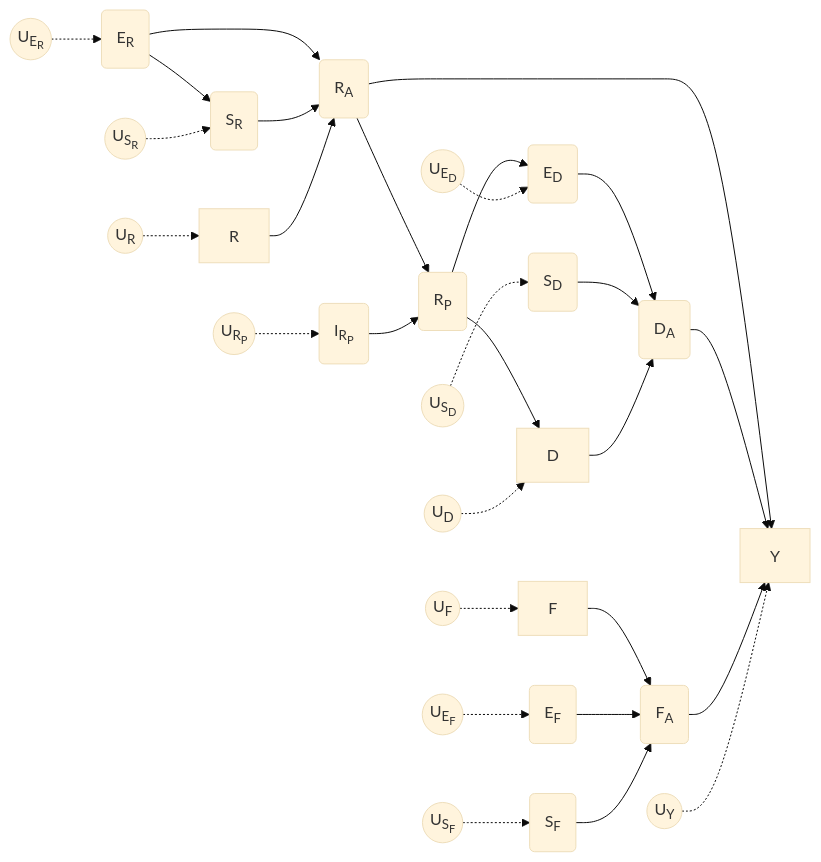
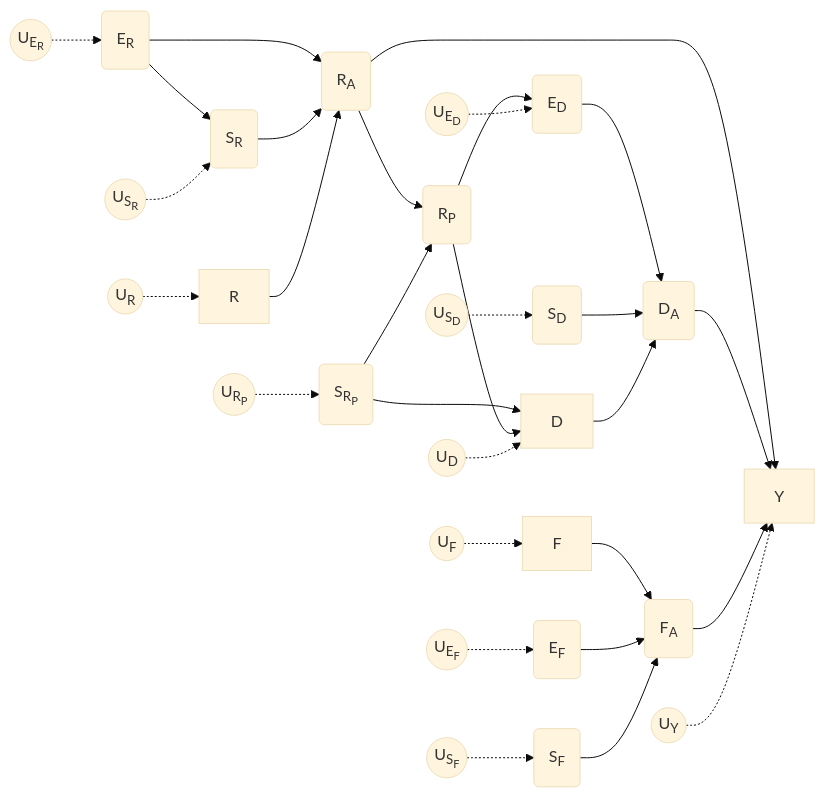
One commit to maj-biostat/roadmap-sim changed the fourth of 4 diagrams in notebooks/design-notes.qmd. Above: the diagram before and after it, drawn with Mermaid. The commit also changed other lines of this file, not shown here.

````diff
--- a/notebooks/design-notes.qmd
+++ b/notebooks/design-notes.qmd
@@ -1410,39 +1419,40 @@
 ```{mermaid}
 %%| label: fig-scenario-4
 %%| fig-cap: Scenario 4, the $U$ denote independent exogenous variables, 
 %%{
   init:{
     "flowchart":{"htmlLabels": "true"},
     "securityLevel": "loose",
     "theme": "base"
 }}%%
 flowchart LR
   ER(E<sub>R) --> RA(R<sub>A) 
   ER --> SR(S<sub>R)
   ED(E<sub>D) --> DA(D<sub>A) 
   SR --> RA 
   SD(S<sub>D) --> DA 
   R --> RA
   RA --> RP(R<sub>P) 
-  IRP(I<sub>R<sub>P) --> RP
+  SRP(S<sub>R<sub>P) --> RP
+  SRP --> D
   RA --> Y
   RP --> D
   RP --> ED
   D --> DA(D<sub>A)
   DA --> Y
   F --> FA(F<sub>A)
   EF(E<sub>F) --> FA
   SF(S<sub>F) --> FA 
   FA --> Y
   UER((U<sub>E<sub>R)) -.-> ER
   UED((U<sub>E<sub>D)) -.-> ED
   UEF((U<sub>E<sub>F)) -.-> EF
   UF((U<sub>F)) -.-> F
-  URP((U<sub>R<sub>P)) -.-> IRP
+  URP((U<sub>R<sub>P)) -.-> SRP
   UD((U<sub>D)) -.-> D
   USR((U<sub>S<sub>R)) -.-> SR
   UR((U<sub>R)) -.-> R
   USD((U<sub>S<sub>D)) -.-> SD
   USF((U<sub>S<sub>F)) -.-> SF
   UY((U<sub>Y)) -.-> Y
 ```
````
